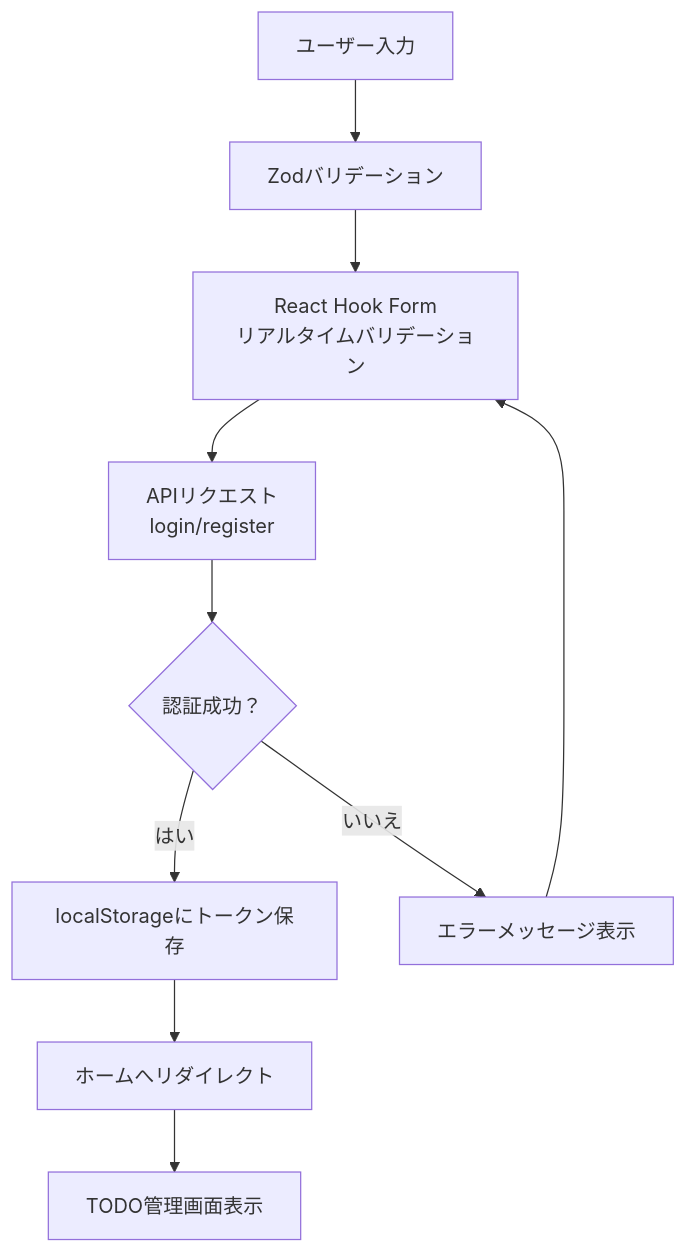
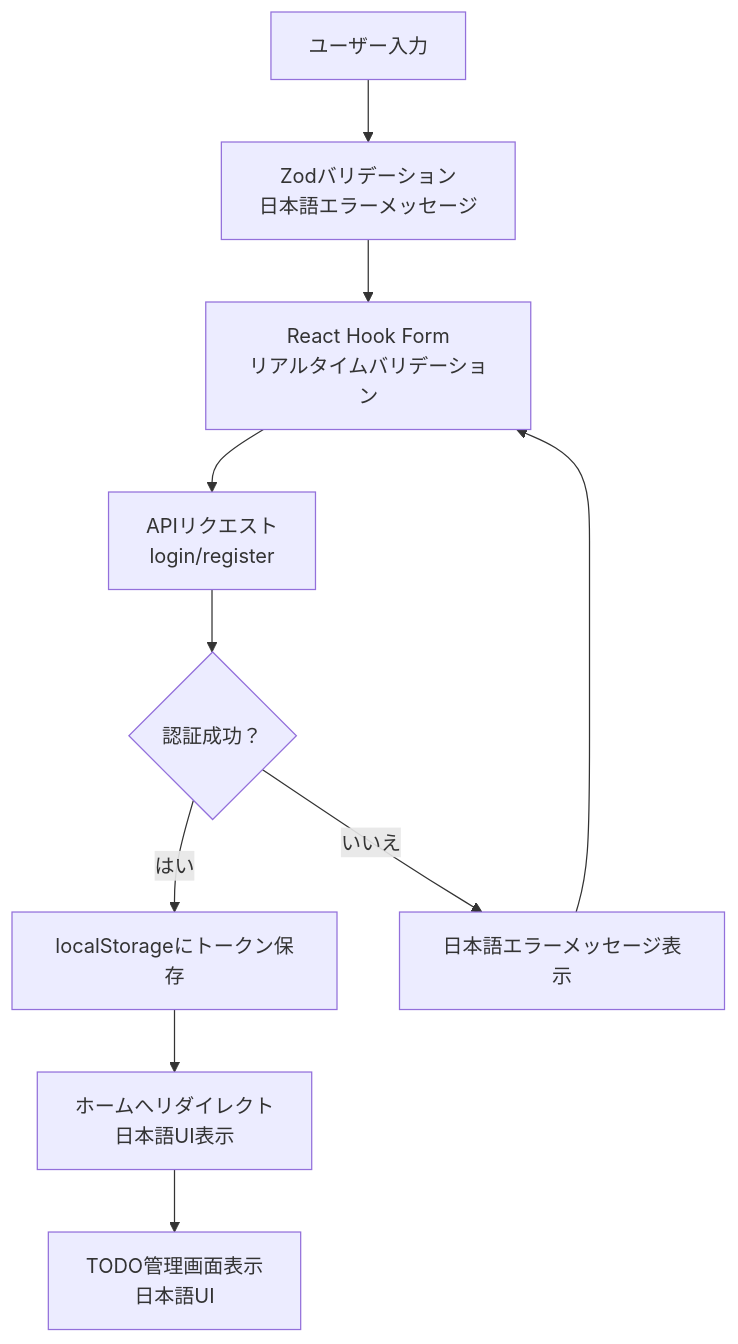
The tenth of 13 diagrams in .qoder/repowiki/ja/content/フロントエンド開発.md (ss8806/Todos), drawn with Mermaid before and after one commit. The commit also changed other lines of this file and 5 other files, not shown here.

````diff
--- a/.qoder/repowiki/ja/content/フロントエンド開発.md
+++ b/.qoder/repowiki/ja/content/フロントエンド開発.md
@@ -398,12 +500,12 @@
 ```mermaid
 flowchart TD
-UserInput["ユーザー入力"] --> ZodValidation["Zodバリデーション"]
+UserInput["ユーザー入力"] --> ZodValidation["Zodバリデーション<br/>日本語エラーメッセージ"]
 ZodValidation --> FormValidation["React Hook Form<br/>リアルタイムバリデーション"]
 FormValidation --> ApiCall["APIリクエスト<br/>login/register"]
 ApiCall --> TokenCheck{"認証成功？"}
 TokenCheck --> |はい| SaveToken["localStorageにトークン保存"]
-SaveToken --> RedirectHome["ホームへリダイレクト"]
-TokenCheck --> |いいえ| ShowError["エラーメッセージ表示"]
+SaveToken --> RedirectHome["ホームへリダイレクト<br/>日本語UI表示"]
+TokenCheck --> |いいえ| ShowError["日本語エラーメッセージ表示"]
 ShowError --> FormValidation
-RedirectHome --> Home["TODO管理画面表示"]
+RedirectHome --> Home["TODO管理画面表示<br/>日本語UI"]
 ```
````
